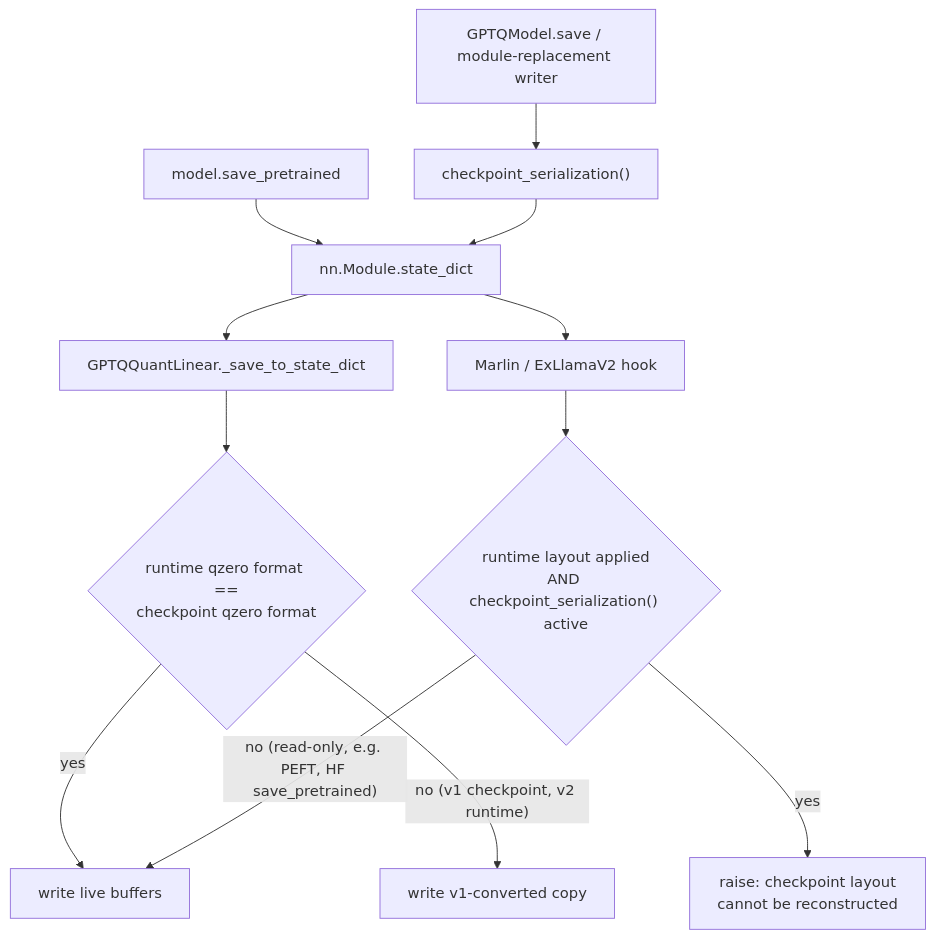
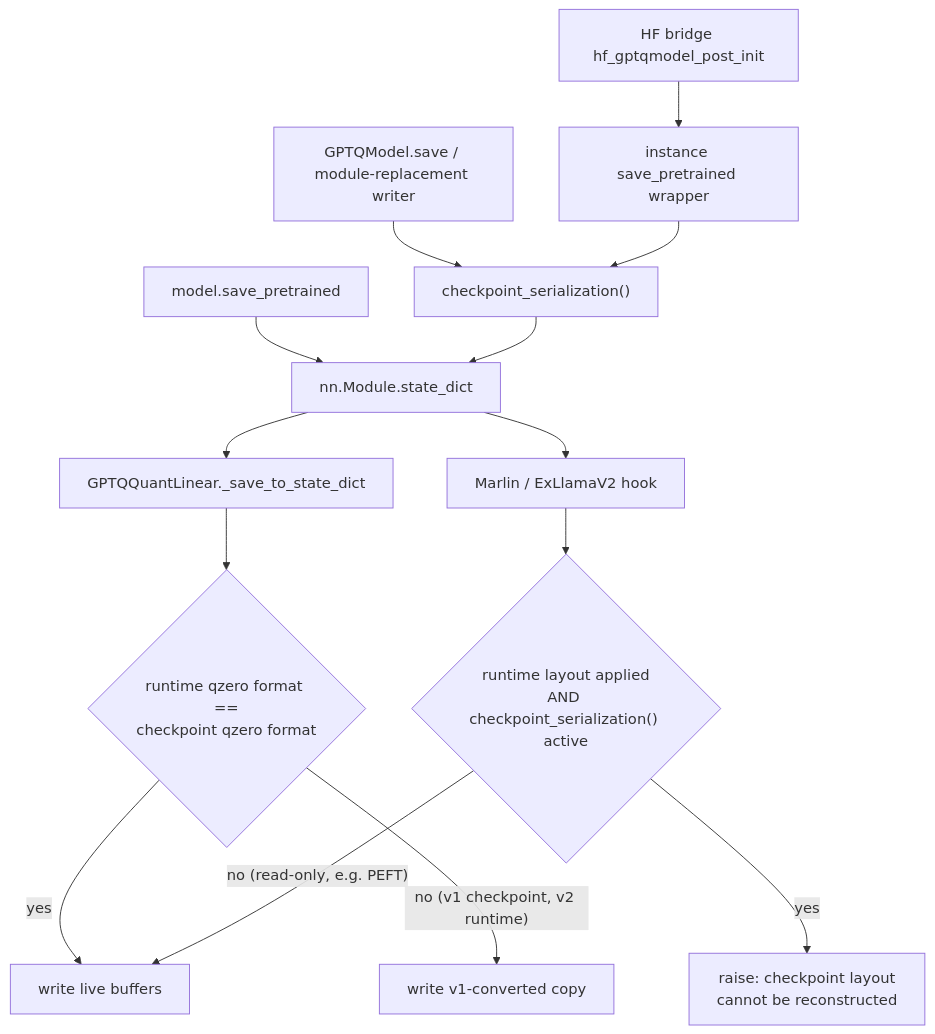
One commit to ModelCloud/GPTQModel changed the fourth of 19 diagrams in docs/checkpoint-interop.md. Above: the diagram before and after it, drawn with Mermaid. The commit also changed other lines of this file and 2 other files, not shown here.

First line of the commit message:
fix(hf): guard bridge save_pretrained checkpoint writes (#6137) (#6144)

````diff
--- a/docs/checkpoint-interop.md
+++ b/docs/checkpoint-interop.md
@@ -174,14 +176,16 @@
 ```mermaid
 flowchart TD
     A["model.save_pretrained"] --> B["nn.Module.state_dict"]
     B --> C["GPTQQuantLinear._save_to_state_dict"]
     C --> D{"runtime qzero format ==<br/>checkpoint qzero format"}
     D -- yes --> E["write live buffers"]
     D -- "no (v1 checkpoint, v2 runtime)" --> F["write v1-converted copy"]
     B --> G["Marlin / ExLlamaV2 hook"]
     G --> H{"runtime layout applied<br/>AND checkpoint_serialization() active"}
     H -- yes --> I["raise: checkpoint layout<br/>cannot be reconstructed"]
-    H -- "no (read-only, e.g. PEFT, HF save_pretrained)" --> E
+    H -- "no (read-only, e.g. PEFT)" --> E
     S["GPTQModel.save / module-replacement writer"] --> T["checkpoint_serialization()"]
     T --> B
+    P["HF bridge hf_gptqmodel_post_init"] --> Q["instance save_pretrained wrapper"]
+    Q --> T
 ```
````
